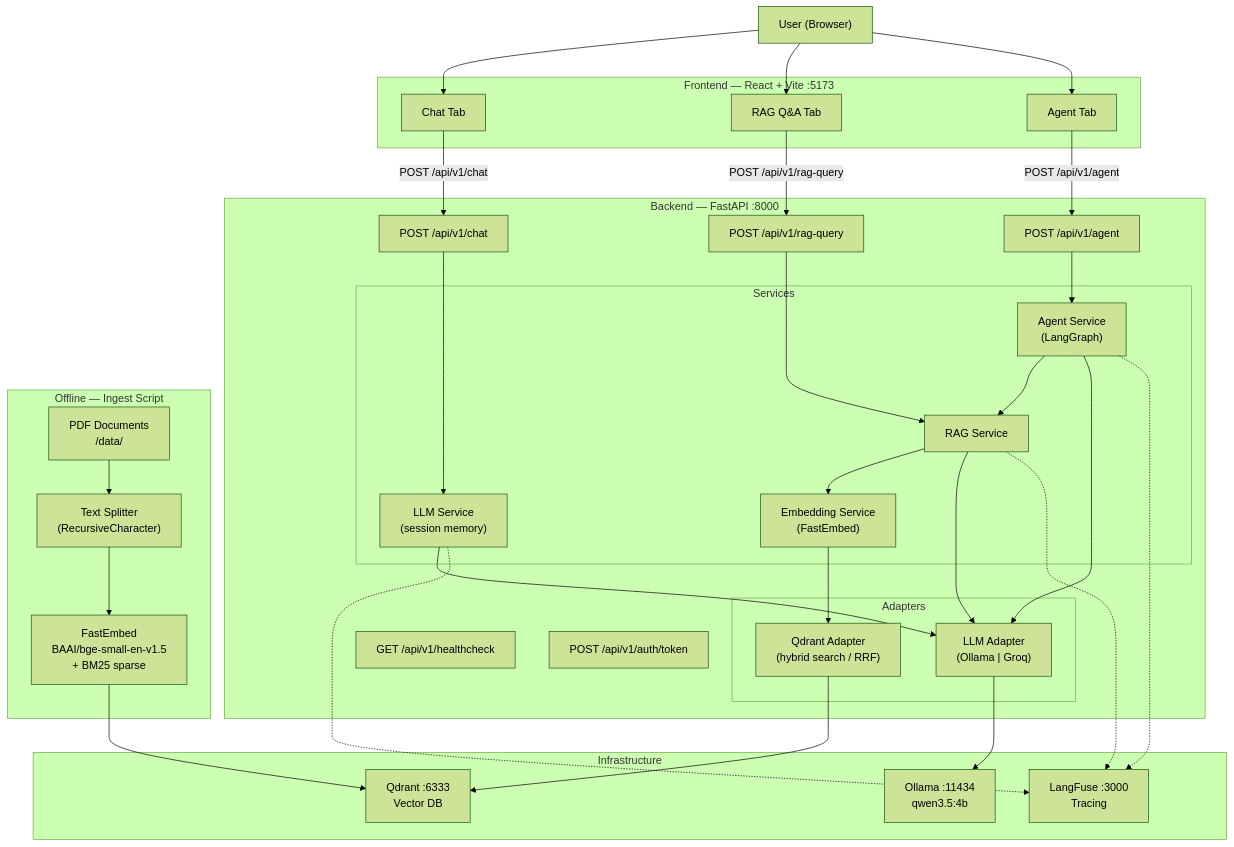
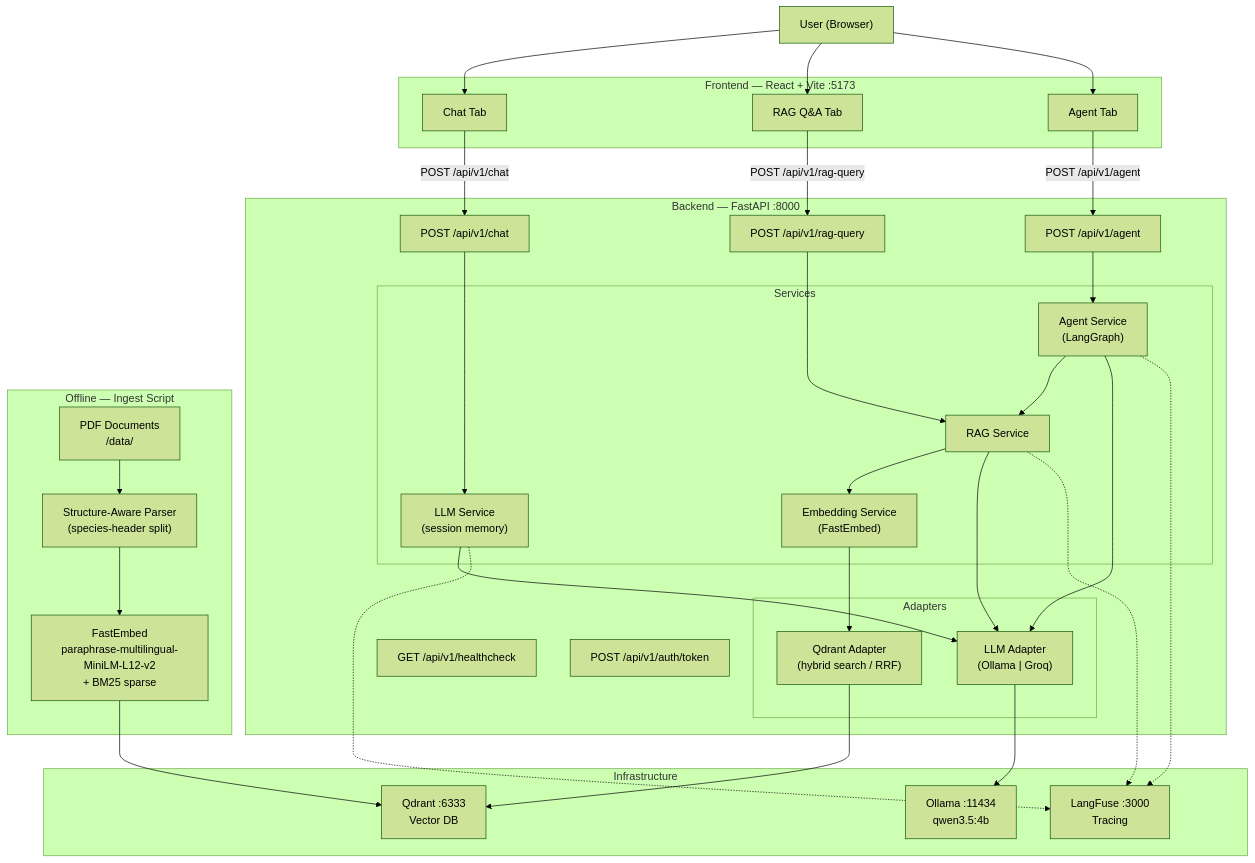
Before and after one commit to SalgueroAgus/challenge: the diagram in README.md, drawn with Mermaid (forest theme). The commit also changed other lines of this file and 7 other files, not shown here.

````diff
--- a/README.md
+++ b/README.md
@@ -43,59 +43,59 @@
 ```mermaid
 graph TD
     User["User (Browser)"]
 
     subgraph Frontend["Frontend — React + Vite :5173"]
         UI_Chat["Chat Tab"]
         UI_RAG["RAG Q&A Tab"]
         UI_Agent["Agent Tab"]
     end
 
     subgraph Backend["Backend — FastAPI :8000"]
         HC["GET /api/v1/healthcheck"]
         Auth["POST /api/v1/auth/token"]
         Chat["POST /api/v1/chat"]
         RAG["POST /api/v1/rag-query"]
         Agent["POST /api/v1/agent"]
 
         subgraph Services
             LLMService["LLM Service\n(session memory)"]
             RAGService["RAG Service"]
             AgentService["Agent Service\n(LangGraph)"]
             EmbedService["Embedding Service\n(FastEmbed)"]
         end
 
         subgraph Adapters
             LLMAdapter["LLM Adapter\n(Ollama | Groq)"]
             QdrantAdapter["Qdrant Adapter\n(hybrid search / RRF)"]
         end
     end
 
     subgraph Infra["Infrastructure"]
         Ollama["Ollama :11434\nqwen3.5:4b"]
         Qdrant["Qdrant :6333\nVector DB"]
         LF["LangFuse :3000\nTracing"]
     end
 
     subgraph Ingest["Offline — Ingest Script"]
         PDFs["PDF Documents\n/data/"]
-        Chunker["Text Splitter\n(RecursiveCharacter)"]
-        Embedder["FastEmbed\nBAAI/bge-small-en-v1.5\n+ BM25 sparse"]
+        Chunker["Structure-Aware Parser\n(species-header split)"]
+        Embedder["FastEmbed\nparaphrase-multilingual-MiniLM-L12-v2\n+ BM25 sparse"]
     end
 
     User --> UI_Chat & UI_RAG & UI_Agent
     UI_Chat -- "POST /api/v1/chat" --> Chat
     UI_RAG -- "POST /api/v1/rag-query" --> RAG
     UI_Agent -- "POST /api/v1/agent" --> Agent
 
     Chat --> LLMService --> LLMAdapter --> Ollama
     RAG --> RAGService --> EmbedService --> QdrantAdapter --> Qdrant
     RAGService --> LLMAdapter
     Agent --> AgentService --> RAGService
     AgentService --> LLMAdapter
 
     PDFs --> Chunker --> Embedder --> Qdrant
 
     LLMService -.-> LF
     RAGService -.-> LF
     AgentService -.-> LF
 ```
````
